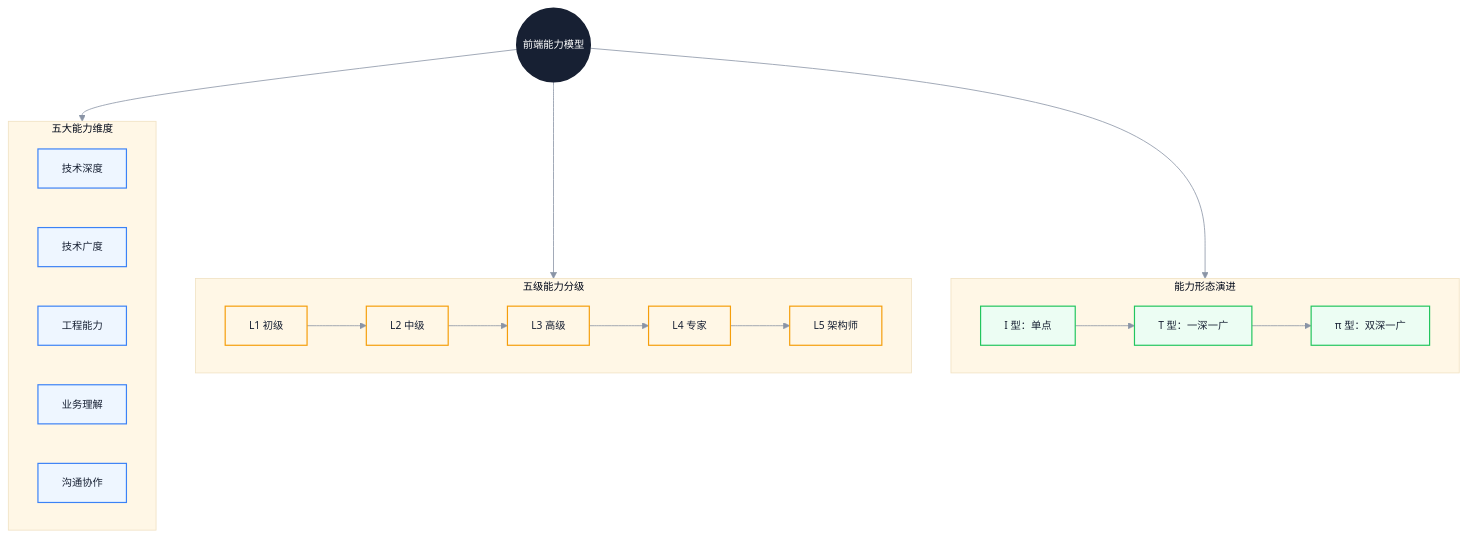
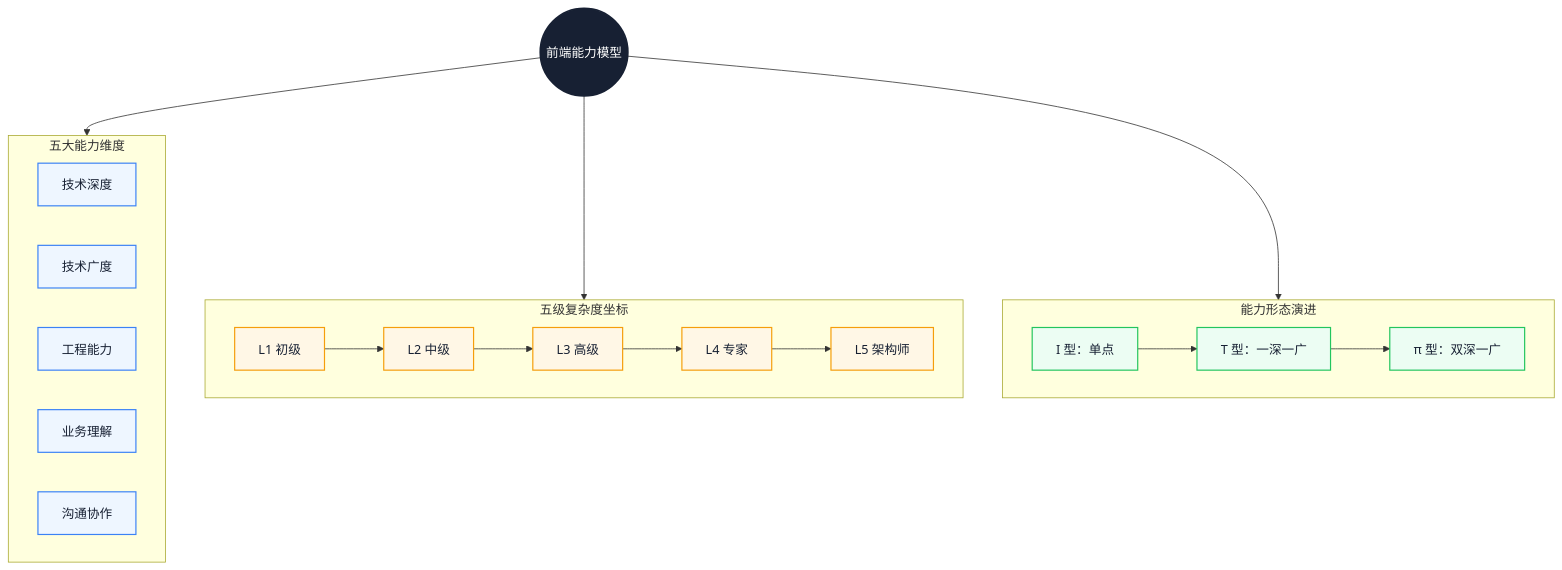
The first of 3 diagrams in docs/career/capability-model.md (Fatejian/frontier-vault), drawn with Mermaid before and after one commit. The commit also changed other lines of this file and 41 other files, not shown here.

````diff
--- a/docs/career/capability-model.md
+++ b/docs/career/capability-model.md
@@ -57,46 +57,45 @@
 ```mermaid
-%%{init: {'theme': 'base', 'themeVariables': { 'fontFamily': 'Inter, PingFang SC, Microsoft YaHei, sans-serif', 'primaryColor': '#EEF6FF', 'primaryTextColor': '#172033', 'primaryBorderColor': '#6EA8FE', 'lineColor': '#8A94A6', 'secondaryColor': '#F7F9FC', 'tertiaryColor': '#FFF7E6', 'fontSize': '13px'}}}%%
 flowchart TB
     Core((前端能力模型))
 
     subgraph Dimensions[五大能力维度]
         direction LR
         D1[技术深度]
         D2[技术广度]
         D3[工程能力]
         D4[业务理解]
         D5[沟通协作]
     end
 
-    subgraph Levels[五级能力分级]
+    subgraph Levels[五级复杂度坐标]
         direction LR
         L1[L1 初级]
         L2[L2 中级]
         L3[L3 高级]
         L4[L4 专家]
         L5[L5 架构师]
         L1 --> L2 --> L3 --> L4 --> L5
     end
 
     subgraph Shape[能力形态演进]
         direction LR
         S1[I 型：单点]
         S2[T 型：一深一广]
         S3[π 型：双深一广]
         S1 --> S2 --> S3
     end
 
     Core --> Dimensions
     Core --> Levels
     Core --> Shape
 
     classDef core fill:#172033,color:#fff,stroke:#172033,stroke-width:2px;
-    classDef dim fill:#EEF6FF,stroke:#3B82F6,color:#172033,stroke-width:1.5px;
-    classDef level fill:#FFF7E6,stroke:#F59E0B,color:#172033,stroke-width:1.5px;
-    classDef shape fill:#ECFDF3,stroke:#22C55E,color:#172033,stroke-width:1.5px;
+    classDef wait fill:#EEF6FF,stroke:#3B82F6,color:#172033,stroke-width:1.5px;
+    classDef block fill:#FFF7E6,stroke:#F59E0B,color:#172033,stroke-width:1.5px;
+    classDef work fill:#ECFDF3,stroke:#22C55E,color:#172033,stroke-width:1.5px;
 
     class Core core;
-    class D1,D2,D3,D4,D5 dim;
-    class L1,L2,L3,L4,L5 level;
-    class S1,S2,S3 shape;
+    class D1,D2,D3,D4,D5 wait;
+    class L1,L2,L3,L4,L5 block;
+    class S1,S2,S3 work;
 ```
````
